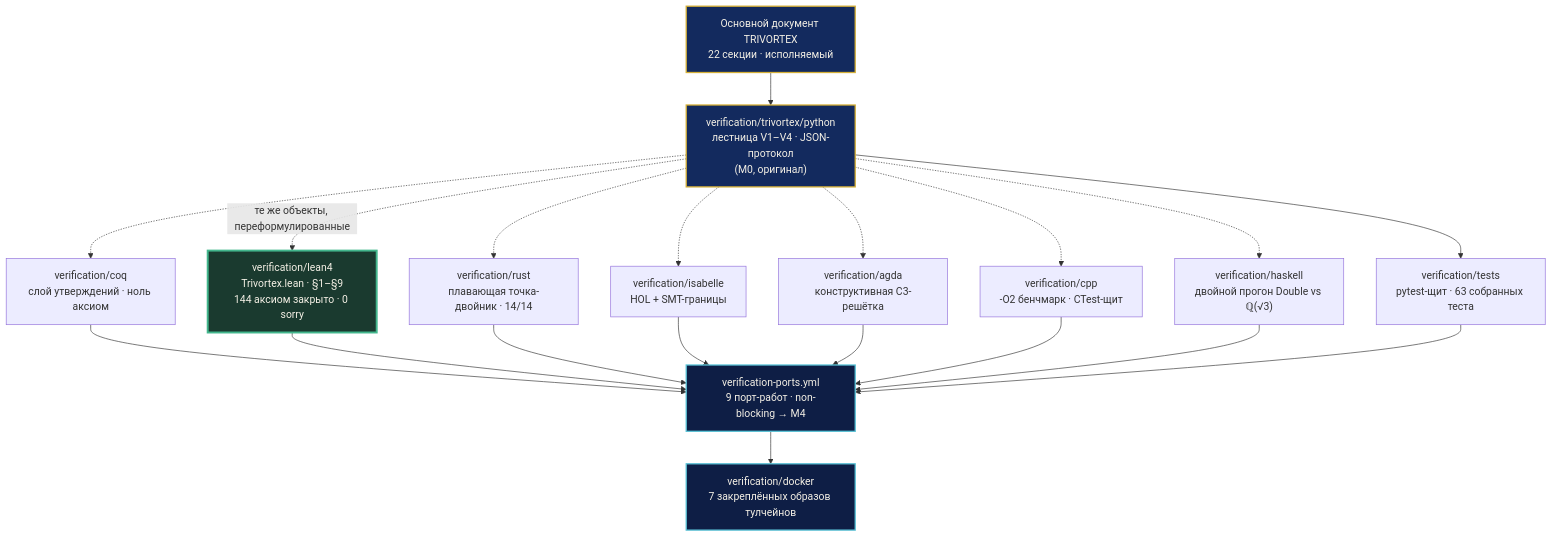
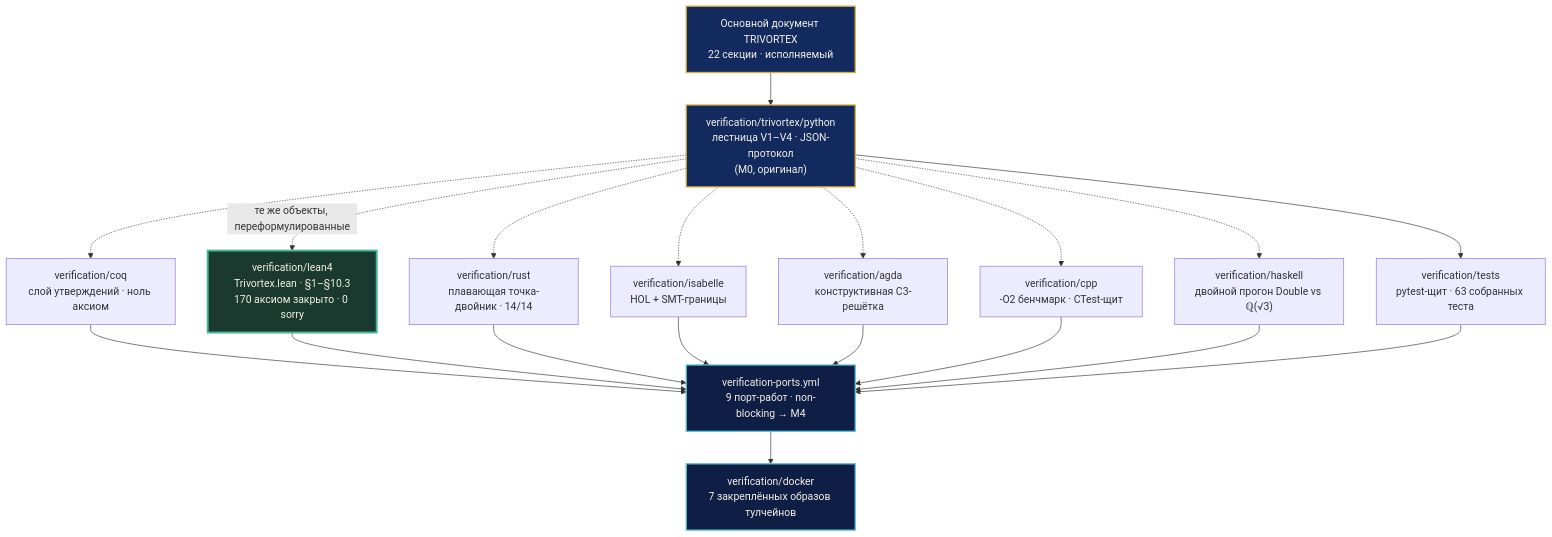
One commit to wild8highlander/Trivortex changed the first of 5 diagrams in verification/lean4/README_RU.md. Above: the diagram before and after it, drawn with Mermaid. The commit also changed other lines of this file and 42 other files, not shown here.

````diff
--- a/verification/lean4/README_RU.md
+++ b/verification/lean4/README_RU.md
@@ -260,25 +261,25 @@
 ```mermaid
 flowchart TB
     DOC["Основной документ TRIVORTEX<br/>22 секции · исполняемый"]:::gold
     PY["verification/trivortex/python<br/>лестница V1–V4 · JSON-протокол<br/>(M0, оригинал)"]:::gold
     TESTS["verification/tests<br/>pytest-щит · 63 собранных теста"]
-    LEAN["verification/lean4<br/>Trivortex.lean · §1–§9<br/>144 аксиом закрыто · 0 sorry"]:::lean
+    LEAN["verification/lean4<br/>Trivortex.lean · §1–§10.3<br/>170 аксиом закрыто · 0 sorry"]:::lean
     COQ["verification/coq<br/>слой утверждений · ноль аксиом"]
     RUST["verification/rust<br/>плавающая точка-двойник · 14/14"]
     ISA["verification/isabelle<br/>HOL + SMT-границы"]
     AGDA["verification/agda<br/>конструктивная C3-решётка"]
     CPP["verification/cpp<br/>-O2 бенчмарк · CTest-щит"]
     HS["verification/haskell<br/>двойной прогон Double vs ℚ(√3)"]
     CI["verification-ports.yml<br/>9 порт-работ · non-blocking → M4"]:::ci
     DOCKER["verification/docker<br/>7 закреплённых образов тулчейнов"]:::ci
 
     DOC --> PY
     PY --> TESTS
     PY -. "те же объекты, переформулированные" .-> LEAN
     PY -.-> COQ & RUST & ISA & AGDA & CPP & HS
     COQ & LEAN & RUST & ISA & AGDA & CPP & HS & TESTS --> CI
     CI --> DOCKER
     classDef gold fill:#132A5E,stroke:#D4AF37,stroke-width:2px,color:#F5F1E6
     classDef lean fill:#1A3A2F,stroke:#43B78D,stroke-width:3px,color:#F5F1E6
     classDef ci fill:#0E1E45,stroke:#59C2D6,stroke-width:2px,color:#F5F1E6
 ```
````
